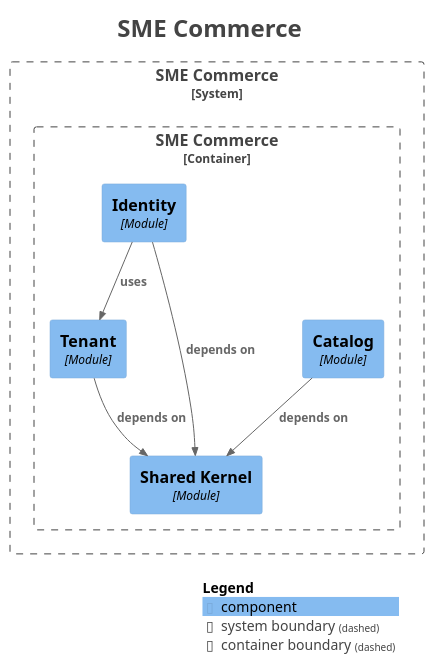
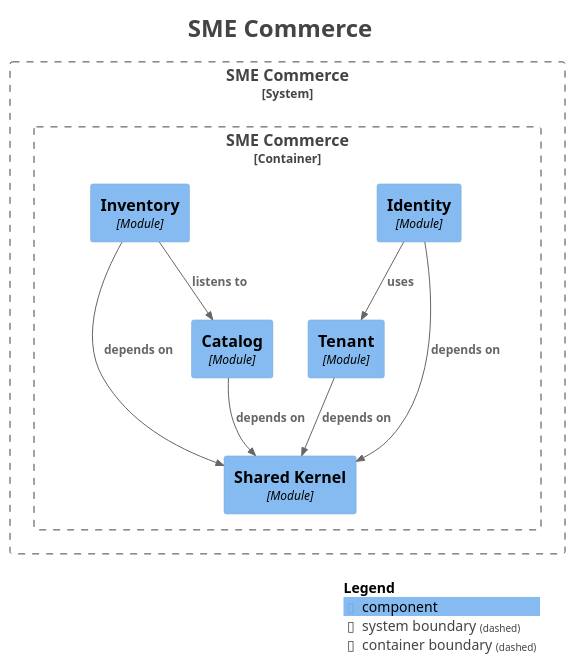
The diagram in docs/modules/components.puml (hezronokwach/sme-commerce-platform), drawn with PlantUML before and after one commit. The commit also changed 17 other files, not shown here.

```diff
--- a/docs/modules/components.puml
+++ b/docs/modules/components.puml
@@ -1,35 +1,38 @@
 @startuml
 title <size:24>SME Commerce</size>
 
 set separator none
 top to bottom direction
 
 <style>
   root {
     BackgroundColor: #ffffff
     FontColor: #444444
   }
 </style>
 
 !include <C4/C4>
 !include <C4/C4_Context>
 !include <C4/C4_Component>
 
 System_Boundary("SMECommerce_boundary", "SME Commerce", $tags="") {
   Container_Boundary("SMECommerce.SMECommerce_boundary", "SME Commerce", $tags="") {
-    Component(SMECommerce.SMECommerce.Catalog, "Catalog", $techn="Module", $descr="", $tags="", $link="")
     Component(SMECommerce.SMECommerce.Tenant, "Tenant", $techn="Module", $descr="", $tags="", $link="")
     Component(SMECommerce.SMECommerce.Identity, "Identity", $techn="Module", $descr="", $tags="", $link="")
+    Component(SMECommerce.SMECommerce.Inventory, "Inventory", $techn="Module", $descr="", $tags="", $link="")
     Component(SMECommerce.SMECommerce.SharedKernel, "Shared Kernel", $techn="Module", $descr="", $tags="", $link="")
+    Component(SMECommerce.SMECommerce.Catalog, "Catalog", $techn="Module", $descr="", $tags="", $link="")
   }
 
 }
 
 Rel(SMECommerce.SMECommerce.Catalog, SMECommerce.SMECommerce.SharedKernel, "depends on", $techn="", $tags="", $link="")
-Rel(SMECommerce.SMECommerce.Tenant, SMECommerce.SMECommerce.SharedKernel, "depends on", $techn="", $tags="", $link="")
 Rel(SMECommerce.SMECommerce.Identity, SMECommerce.SMECommerce.SharedKernel, "depends on", $techn="", $tags="", $link="")
 Rel(SMECommerce.SMECommerce.Identity, SMECommerce.SMECommerce.Tenant, "uses", $techn="", $tags="", $link="")
+Rel(SMECommerce.SMECommerce.Inventory, SMECommerce.SMECommerce.Catalog, "listens to", $techn="", $tags="", $link="")
+Rel(SMECommerce.SMECommerce.Inventory, SMECommerce.SMECommerce.SharedKernel, "depends on", $techn="", $tags="", $link="")
+Rel(SMECommerce.SMECommerce.Tenant, SMECommerce.SMECommerce.SharedKernel, "depends on", $techn="", $tags="", $link="")
 
 SHOW_LEGEND(true)
 hide stereotypes
 @enduml
```
